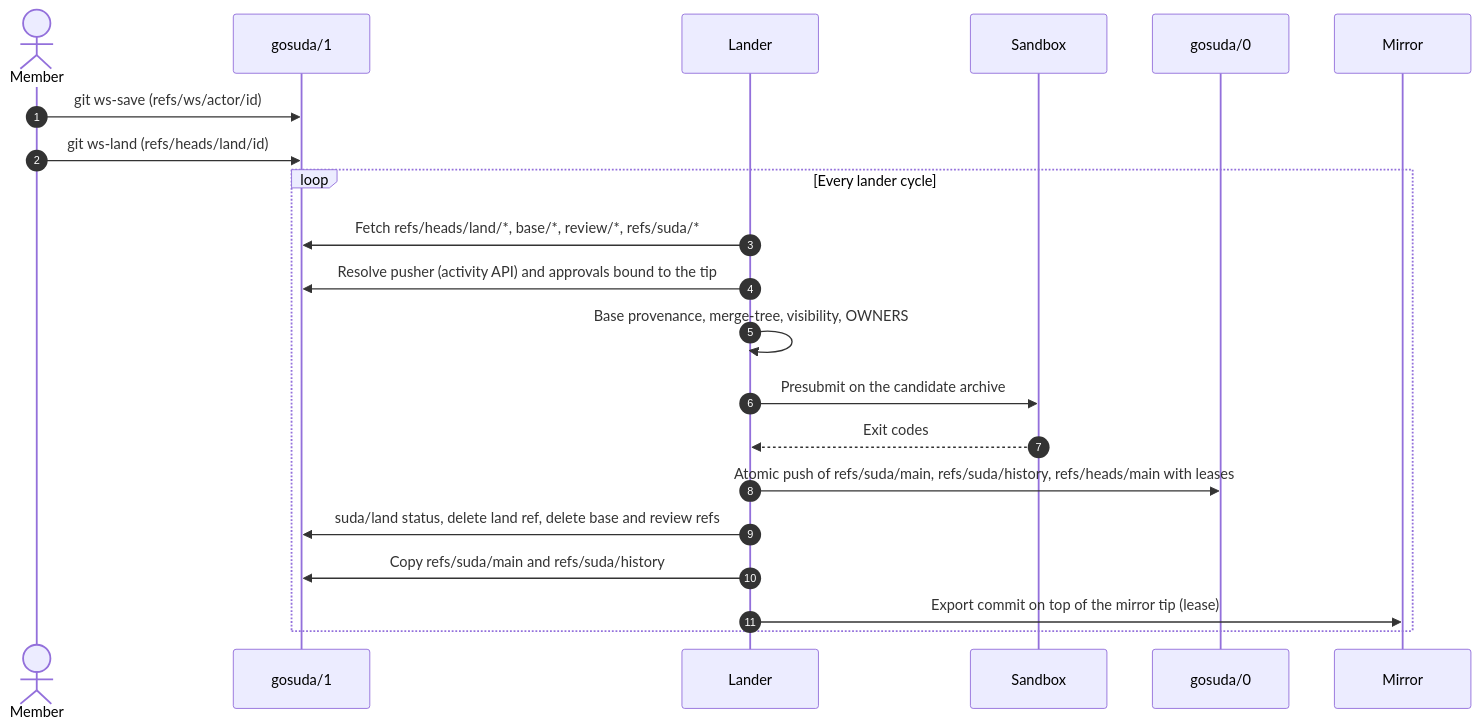
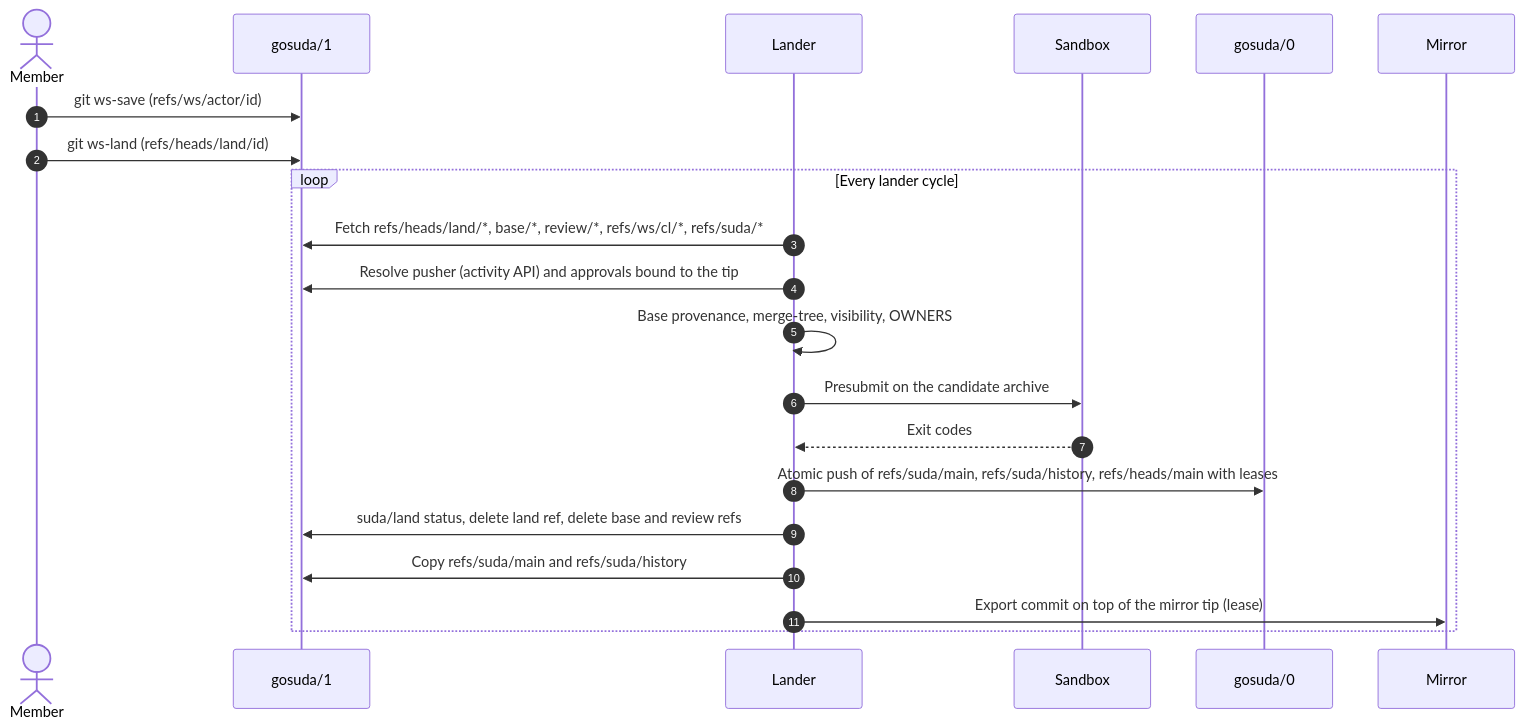
The second of 2 diagrams in docs/architecture.md (gosuda/1), drawn with Mermaid before and after one commit. The commit also changed other lines of this file and 25 other files, not shown here.

````diff
--- a/docs/architecture.md
+++ b/docs/architecture.md
@@ -157,23 +158,23 @@
 ```mermaid
 sequenceDiagram
   autonumber
   actor Member
   participant U as gosuda/1
   participant L as Lander
   participant S as Sandbox
   participant T as gosuda/0
   participant M as Mirror
   Member->>U: git ws-save (refs/ws/actor/id)
   Member->>U: git ws-land (refs/heads/land/id)
   loop Every lander cycle
-    L->>U: Fetch refs/heads/land/*, base/*, review/*, refs/suda/*
+    L->>U: Fetch refs/heads/land/*, base/*, review/*, refs/ws/cl/*, refs/suda/*
     L->>U: Resolve pusher (activity API) and approvals bound to the tip
     L->>L: Base provenance, merge-tree, visibility, OWNERS
     L->>S: Presubmit on the candidate archive
     S-->>L: Exit codes
     L->>T: Atomic push of refs/suda/main, refs/suda/history, refs/heads/main with leases
     L->>U: suda/land status, delete land ref, delete base and review refs
     L->>U: Copy refs/suda/main and refs/suda/history
     L->>M: Export commit on top of the mirror tip (lease)
   end
 ```
````
